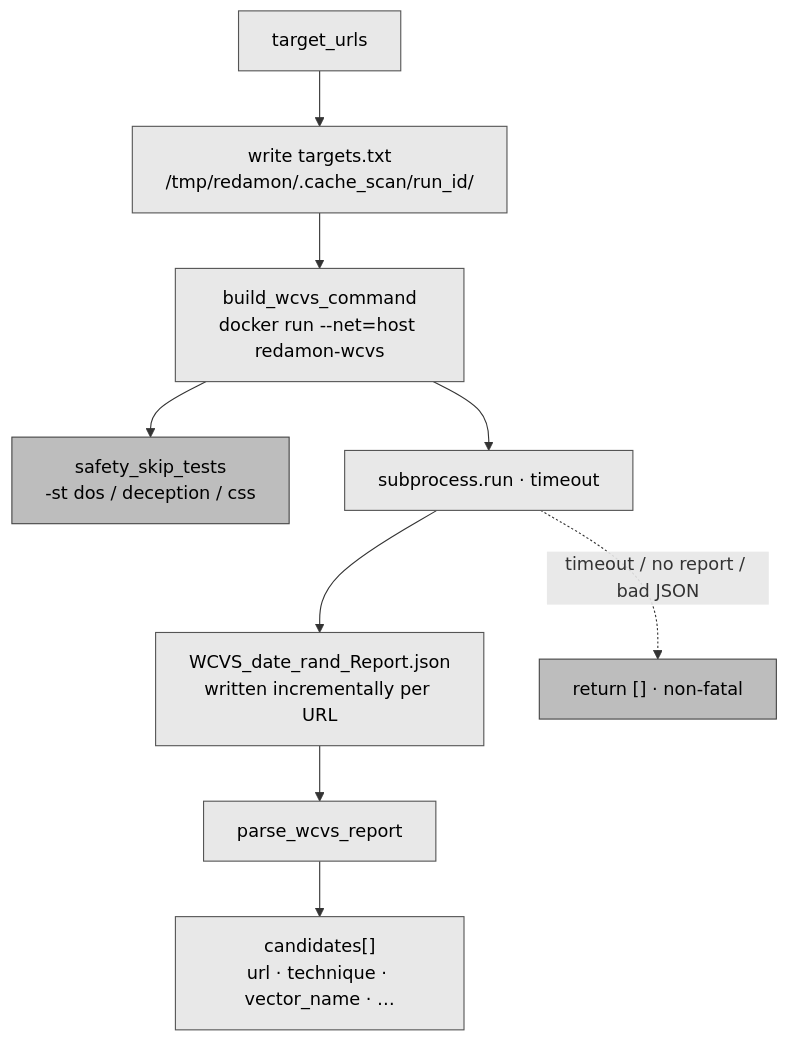
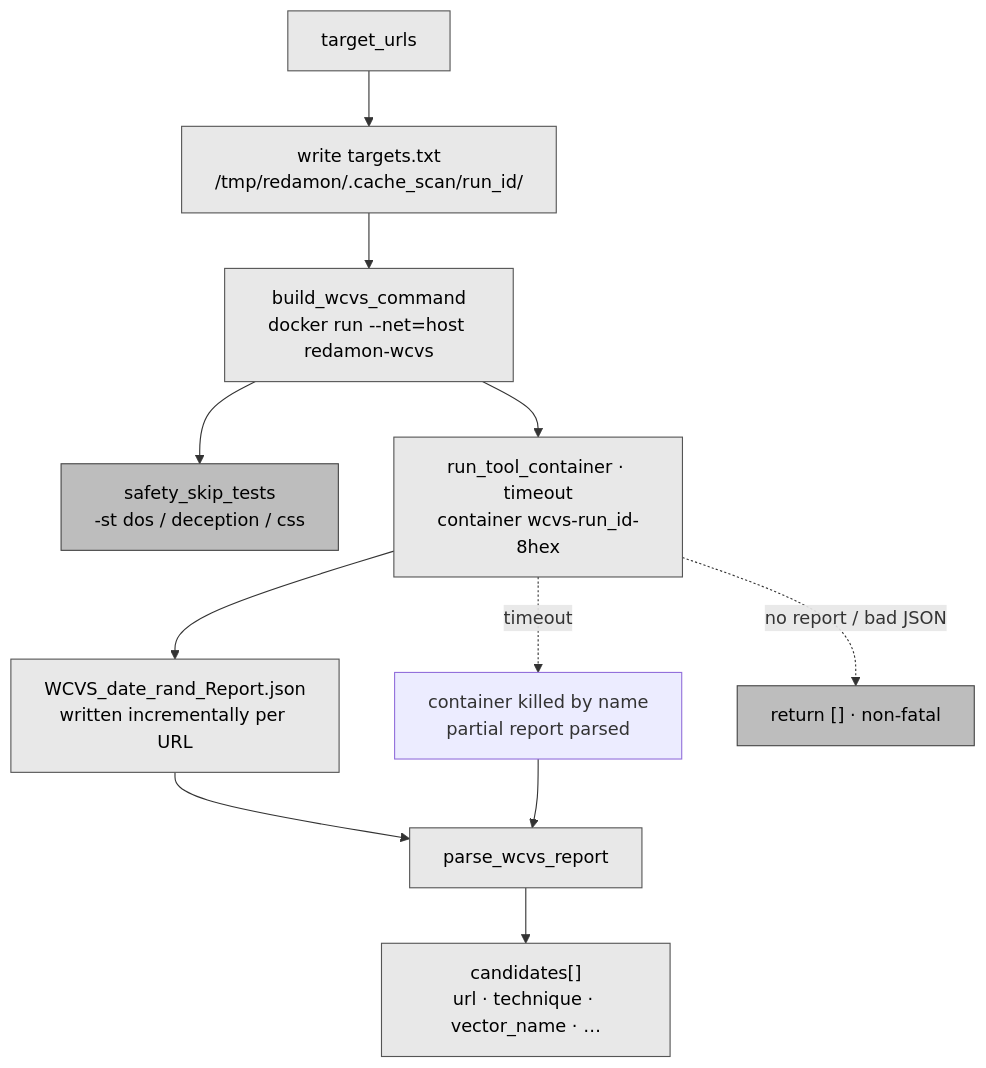
The fourth of 11 diagrams in docs/readmes/README.WCP_RECON_MODULE.md (samugit83/redamon), drawn with Mermaid before and after one commit. The commit also changed other lines of this file and 5 other files, not shown here.

````diff
--- a/docs/readmes/README.WCP_RECON_MODULE.md
+++ b/docs/readmes/README.WCP_RECON_MODULE.md
@@ -240,16 +240,18 @@
 ```mermaid
 flowchart TD
     U["target_urls"] --> TF["write targets.txt<br/>/tmp/redamon/.cache_scan/run_id/"]
     TF --> CMD["build_wcvs_command<br/>docker run --net=host redamon-wcvs"]
     CMD --> SKIP["safety_skip_tests<br/>-st dos / deception / css"]
-    CMD --> RUN["subprocess.run · timeout"]
+    CMD --> RUN["run_tool_container · timeout<br/>container wcvs-run_id-8hex"]
     RUN --> RPT["WCVS_date_rand_Report.json<br/>written incrementally per URL"]
     RPT --> PARSE["parse_wcvs_report"]
     PARSE --> CAND["candidates[]<br/>url · technique · vector_name · …"]
-    RUN -.->|"timeout / no report / bad JSON"| EMPTY["return [] · non-fatal"]
+    RUN -.->|"timeout"| KILL["container killed by name<br/>partial report parsed"]
+    KILL --> PARSE
+    RUN -.->|"no report / bad JSON"| EMPTY["return [] · non-fatal"]
 
     classDef g fill:#e8e8e8,stroke:#555,color:#000
     classDef d fill:#bdbdbd,stroke:#444,color:#000
     class U,TF,CMD,RUN,RPT,PARSE,CAND g
     class SKIP,EMPTY d
 ```
````
